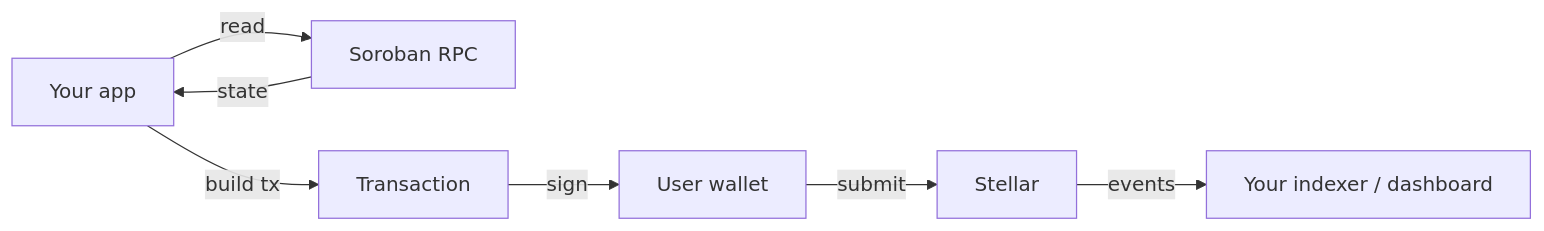
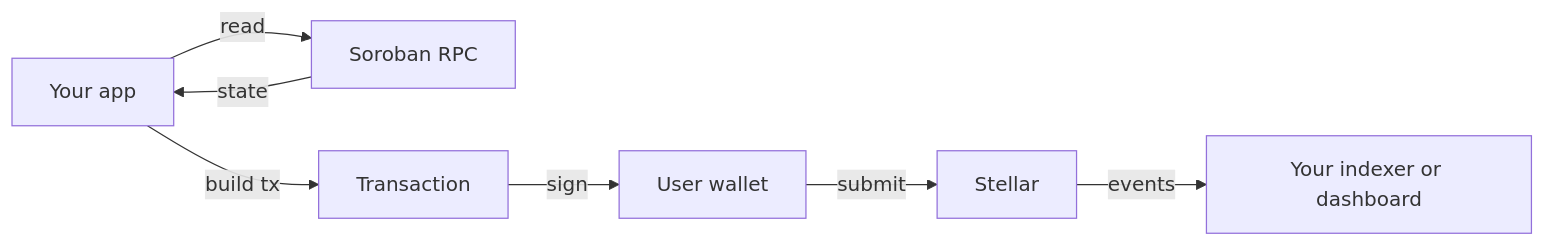
One commit to Suryashish/spield-docs changed the diagram in content/docs/developers/index.mdx. Above: the diagram before and after it, drawn with Mermaid. The commit also changed other lines of this file and 56 other files, not shown here.

````diff
--- a/content/docs/developers/index.mdx
+++ b/content/docs/developers/index.mdx
@@ -47,9 +66,9 @@
 ```mermaid
 flowchart LR
   APP[Your app] -->|read| RPC[Soroban RPC]
   RPC -->|state| APP
   APP -->|build tx| TX[Transaction]
   TX -->|sign| W[User wallet]
   W -->|submit| NET[Stellar]
-  NET -->|events| IDX[Your indexer / dashboard]
+  NET -->|events| IDX[Your indexer or dashboard]
 ```
````
